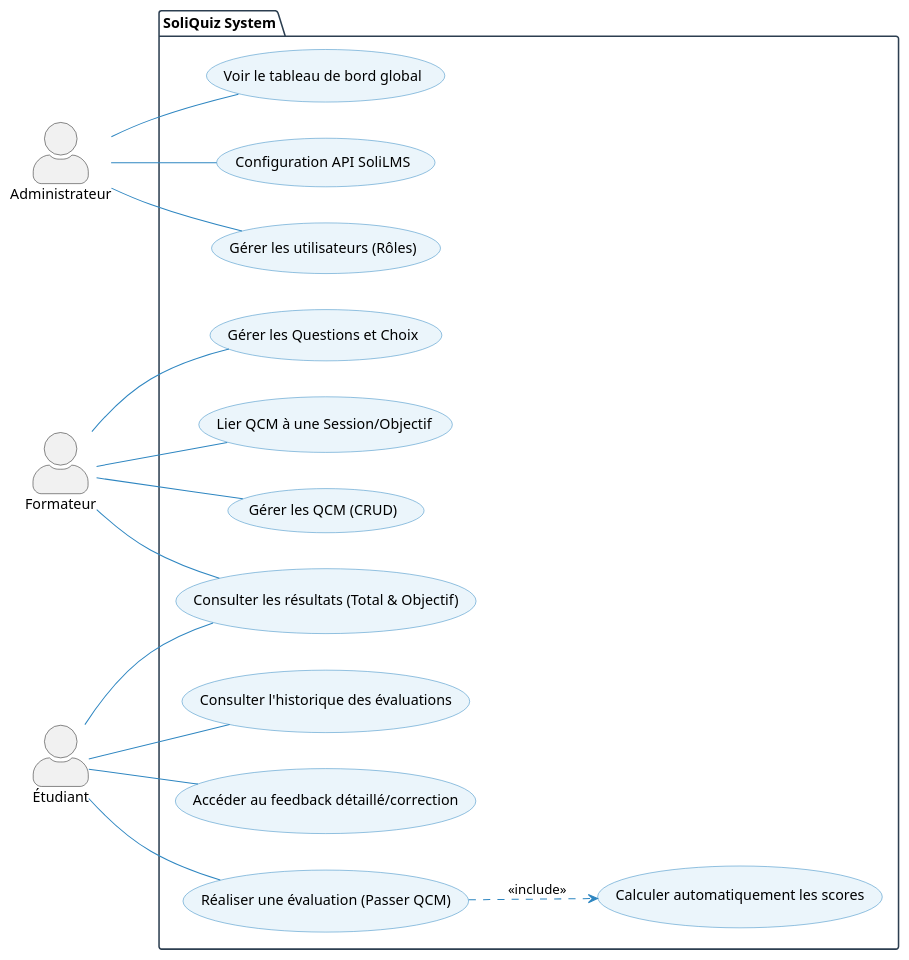
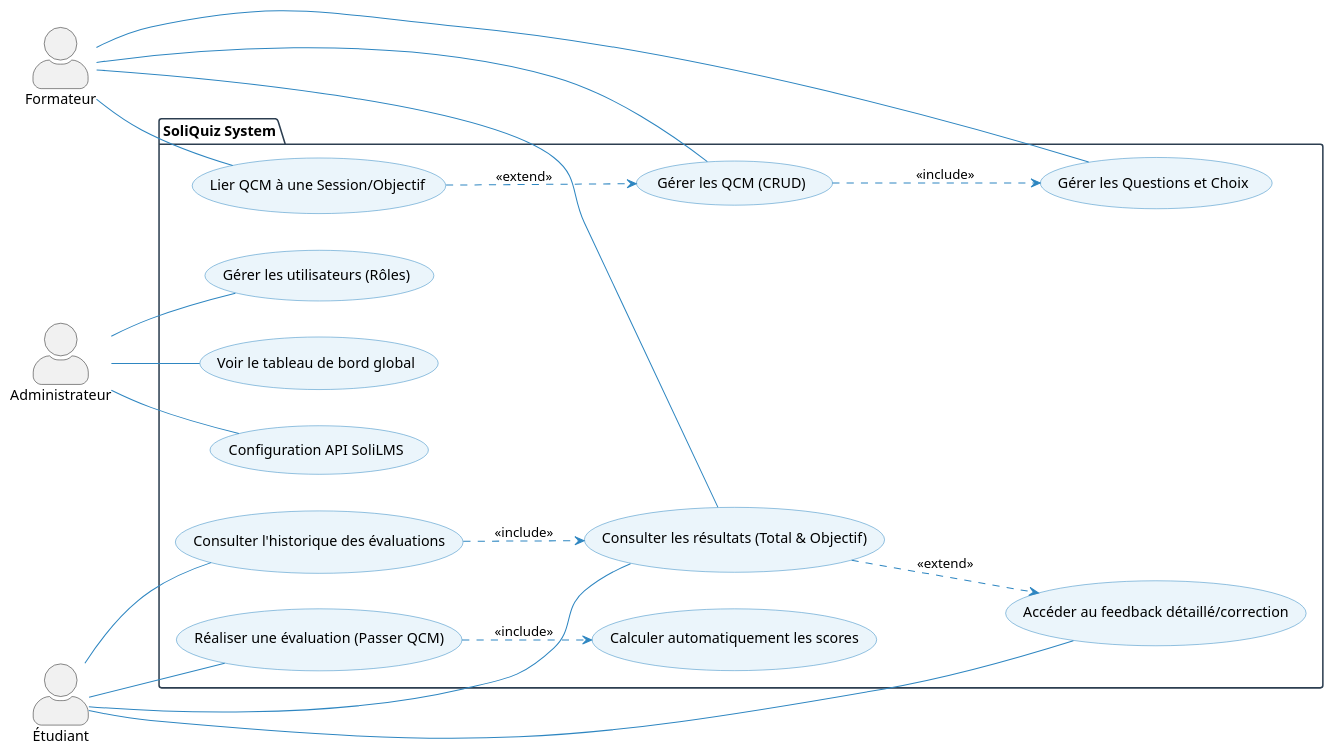
Before and after one commit to SoliQuiz/Analyse: the diagram in cas-utilisation/cas-utilisation-global.puml, drawn with PlantUML. The commit also changed 2 other files, not shown here.

Commit message:
feat: Add PlantUML use case diagrams for SoliQuiz system, including global, Sprint 1 MVP, and Sprint 2 advanced views.

```diff
--- a/cas-utilisation/cas-utilisation-global.puml
+++ b/cas-utilisation/cas-utilisation-global.puml
@@ -1,49 +1,45 @@
 @startuml
 skinparam actorStyle awesome
 left to right direction
-
 skinparam package {
     BackgroundColor White
     BorderColor #2C3E50
 }
-
 skinparam usecase {
     BackgroundColor #EBF5FB
     BorderColor #2E86C1
     ArrowColor #2E86C1
 }
-
 actor "Administrateur" as A
 actor "Formateur" as F
 actor "Étudiant" as E
-
 package "SoliQuiz System" {
     usecase "Gérer les utilisateurs (Rôles)" as UC9
     usecase "Voir le tableau de bord global" as UC10
     usecase "Configuration API SoliLMS" as UC11
     usecase "Gérer les QCM (CRUD)" as UC1
     usecase "Gérer les Questions et Choix" as UC2
     usecase "Lier QCM à une Session/Objectif" as UC3
     usecase "Réaliser une évaluation (Passer QCM)" as UC4
     usecase "Calculer automatiquement les scores" as UC6
     usecase "Consulter les résultats (Total & Objectif)" as UC5
     usecase "Consulter l'historique des évaluations" as UC7
     usecase "Accéder au feedback détaillé/correction" as UC8
 }
-
 A -- UC9
 A -- UC10
 A -- UC11
-
 F -- UC1
 F -- UC2
 F -- UC3
 F -- UC5
-
 E -- UC4
 E -- UC5
 E -- UC7
 E -- UC8
-
+UC1 ..> UC2 : <<include>>
+UC3 ..> UC1 : <<extend>>
 UC4 ..> UC6 : <<include>>
+UC5 ..> UC8 : <<extend>>
+UC7 ..> UC5 : <<include>>
 @enduml
```
